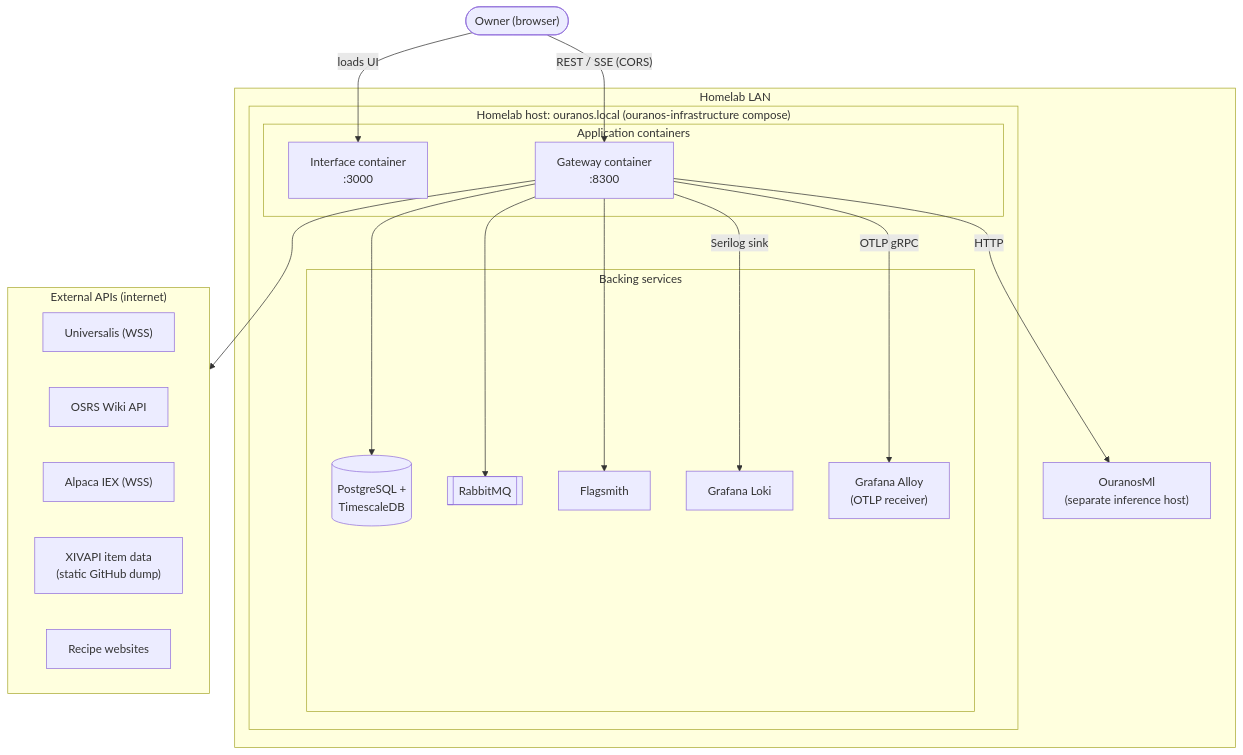
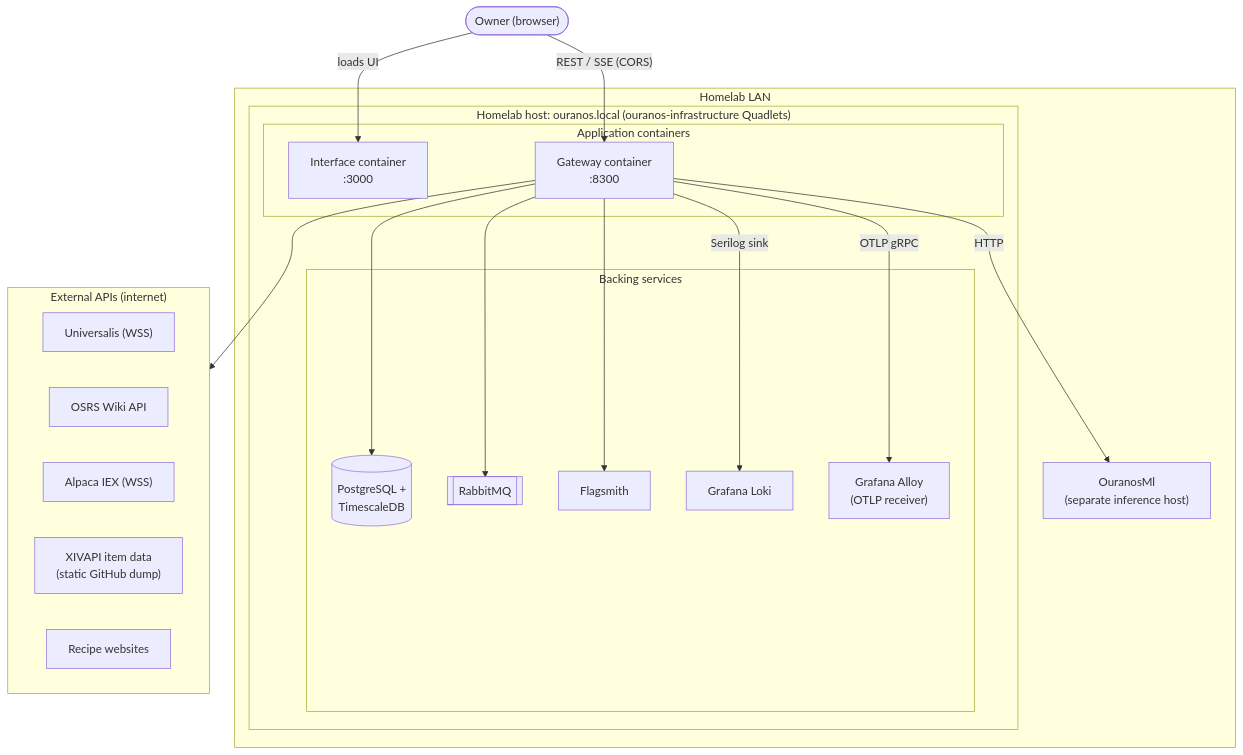
Before and after one commit to davwales/ouranos-pantheon: the first of 2 diagrams in docs/architecture/07-deployment-view.md, drawn with Mermaid. The commit also changed other lines of this file and 5 other files, not shown here.

First line of the commit message:
chore(dev): add compose file for local infrastructure dependencies

````diff
--- a/docs/architecture/07-deployment-view.md
+++ b/docs/architecture/07-deployment-view.md
@@ -33,42 +38,42 @@
 ```mermaid
 graph TB
     user(["Owner (browser)"])
 
     subgraph lan["Homelab LAN"]
-        subgraph host["Homelab host: ouranos.local (ouranos-infrastructure compose)"]
+        subgraph host["Homelab host: ouranos.local (ouranos-infrastructure Quadlets)"]
             subgraph apps["Application containers"]
                 ifc["Interface container<br/>:3000"]
                 gw["Gateway container<br/>:8300"]
             end
 
             subgraph infra["Backing services"]
                 pg[("PostgreSQL +<br/>TimescaleDB")]
                 mq[["RabbitMQ"]]
                 fs["Flagsmith"]
                 loki["Grafana Loki"]
                 alloy["Grafana Alloy<br/>(OTLP receiver)"]
             end
         end
 
         ml["OuranosMl<br/>(separate inference host)"]
     end
 
     subgraph external["External APIs (internet)"]
         uni["Universalis (WSS)"]
         osrs["OSRS Wiki API"]
         alp["Alpaca IEX (WSS)"]
         xiv["XIVAPI item data<br/>(static GitHub dump)"]
         web["Recipe websites"]
     end
 
     user -- "loads UI" --> ifc
     user -- "REST / SSE (CORS)" --> gw
 
     gw --> pg
     gw --> mq
     gw --> fs
     gw -- "Serilog sink" --> loki
     gw -- "OTLP gRPC" --> alloy
     gw -- "HTTP" --> ml
     gw --> external
 ```
````
